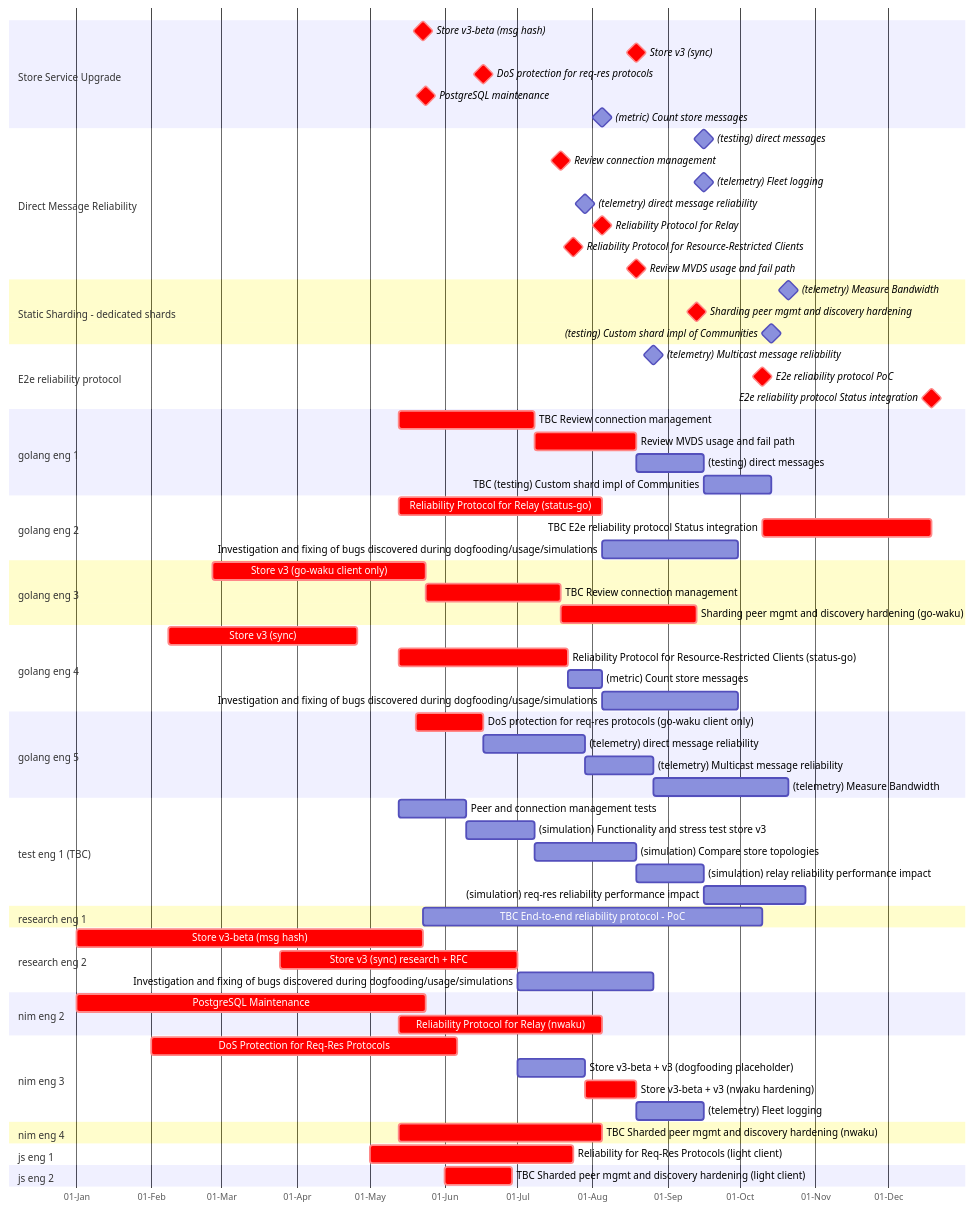
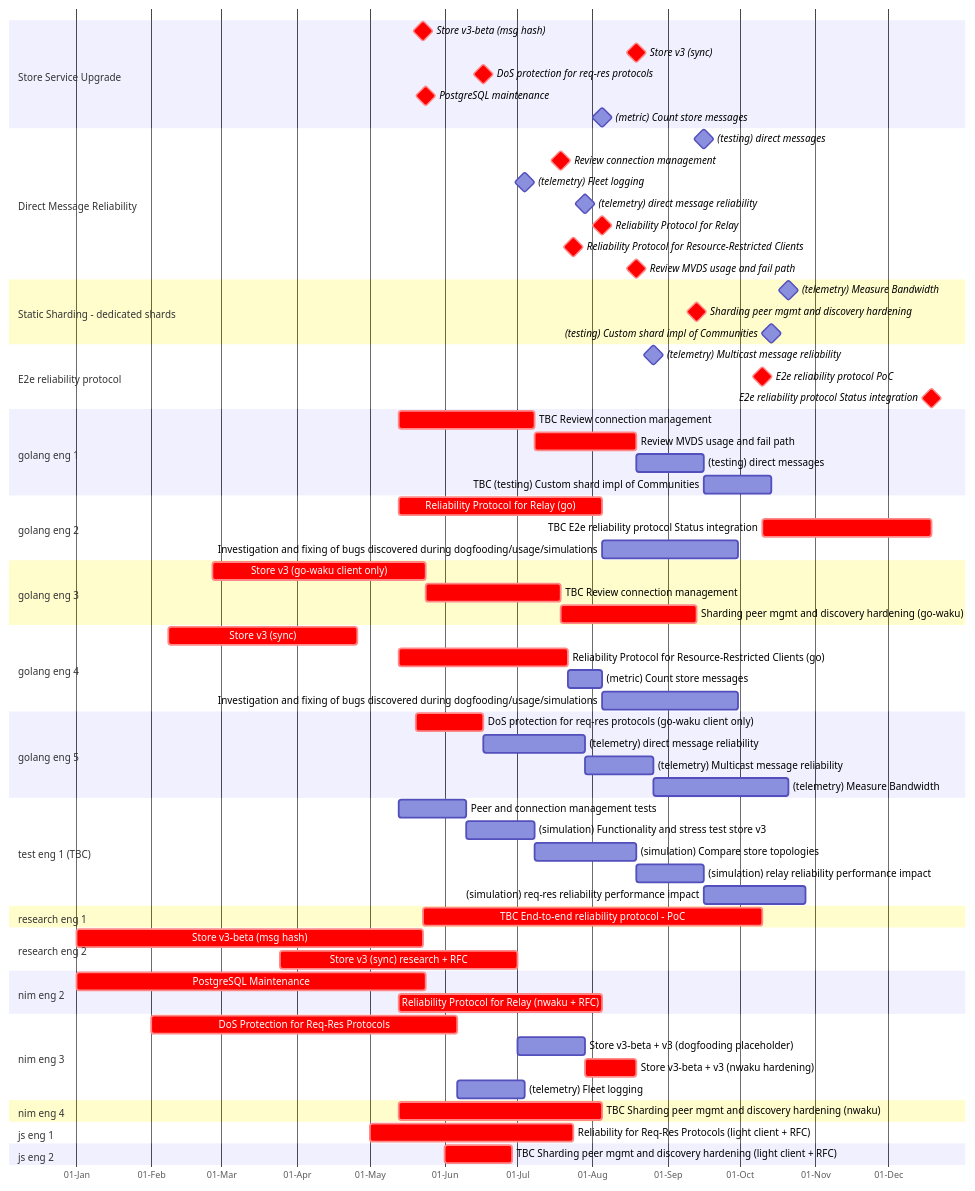
Before and after one commit to logos-co/roadmap: the diagram in content/waku/2024-gantt.md, drawn with Mermaid.

````diff
--- a/content/waku/2024-gantt.md
+++ b/content/waku/2024-gantt.md
@@ -52,7 +52,7 @@
         (testing) direct messages: test-direct-msg, after mvds, 4w
         TBC (testing) Custom shard impl of Communities: test-custom-shard, after test-direct-msg, 4w 
     section golang eng 2
-        Reliability Protocol for Relay (status-go): crit, rel-relay-g, 2024-05-13, 12w
+        Reliability Protocol for Relay (go): crit, rel-relay-g, 2024-05-13, 12w
         %% TBC estimate
         TBC E2e reliability protocol Status integration: crit, e2e-rel-g, after e2e-rel-r, 10w
         Investigation and fixing of bugs discovered during dogfooding/usage/simulations: go-bugs-1, after rel-relay-g, 8w
@@ -63,7 +63,7 @@
         Sharding peer mgmt and discovery hardening (go-waku): crit, sh-peer-mgmt-g, after review-conn-mgmt-2, 8w
     section golang eng 4
         Store v3 (sync): crit, 2024-02-08, 2024-04-26
-        Reliability Protocol for Resource-Restricted Clients (status-go): crit, rel-reqres-g, 2024-05-13, 10w
+        Reliability Protocol for Resource-Restricted Clients (go): crit, rel-reqres-g, 2024-05-13, 10w
         (metric) Count store messages: count-store-msg, after rel-reqres-g, 2w
         Investigation and fixing of bugs discovered during dogfooding/usage/simulations: go-bugs-2, after count-store-msg, 8w
     section golang eng 5
@@ -85,26 +85,25 @@
         (simulation) req-res reliability performance impact: sim-reqres-rel, after sim-relay-rel rel-reqres-g, 6w
     section research eng 1
         %% TBC estimate
-        TBC End-to-end reliability protocol - PoC: e2e-rel-r, 2024-05-23, 20w
+        TBC End-to-end reliability protocol - PoC: crit, e2e-rel-r, 2024-05-23, 20w
     section research eng 2
         %% Only dogfooding remaining
         Store v3-beta (msg hash): crit, storev3-br, 2024-01-01, 2024-05-23
         Store v3 (sync) research + RFC: crit, storev3-r, 2024-03-25, 14w
-        Investigation and fixing of bugs discovered during dogfooding/usage/simulations: after storev3-r, 8w
     section nim eng 2
         PostgreSQL Maintenance: crit, pgsql, 2024-01-01, 2024-05-24
-        Reliability Protocol for Relay (nwaku): crit, rel-relay-n, 2024-05-13, 12w
+        Reliability Protocol for Relay (nwaku + RFC): crit, rel-relay-n, 2024-05-13, 12w
     section nim eng 3
         DoS Protection for Req-Res Protocols: crit, dosreqresn, 2024-02-01, 18w
         Store v3-beta + v3 (dogfooding placeholder):  storev3-df, after storev3-br storev3-r, 4w
         Store v3-beta + v3 (nwaku hardening): crit, storev3-n, after storev3-df dosreqresn, 3w
-        (telemetry) Fleet logging: telem-fleet-logging, after storev3-n, 4w
+        (telemetry) Fleet logging: telem-fleet-logging, after dosreqresn, 4w
     section nim eng 4
         %% TBC estimate/end
-        TBC Sharded peer mgmt and discovery hardening (nwaku): crit, sh-peer-mgmt-n, 2024-05-13, 12w
+        TBC Sharding peer mgmt and discovery hardening (nwaku): crit, sh-peer-mgmt-n, 2024-05-13, 12w
     section js eng 1
-        Reliability for Req-Res Protocols (light client): crit, rel-reqres-j, 2024-05-01, 12w
+        Reliability for Req-Res Protocols (light client + RFC): crit, rel-reqres-j, 2024-05-01, 12w
     section js eng 2
         %% TBC scope
-        TBC Sharded peer mgmt and discovery hardening (light client): crit, sh-peer-mgmt-j, 2024-06-01, 4w
+        TBC Sharding peer mgmt and discovery hardening (light client + RFC): crit, sh-peer-mgmt-j, 2024-06-01, 4w
 ```
````
